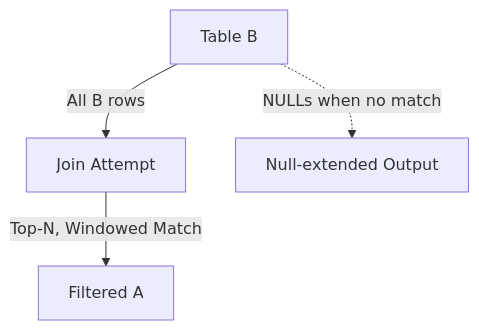
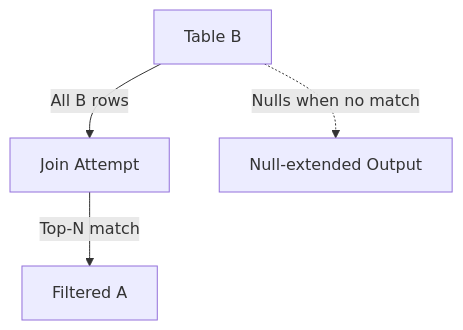
The diagram in Advance JOIN Templates/RIGHT JOIN.md (usman19zafar/ADVANCE-SQL-JOINs), drawn with Mermaid before and after one commit. The commit also changed other lines of this file, not shown here.

````diff
--- a/Advance JOIN Templates/RIGHT JOIN.md
+++ b/Advance JOIN Templates/RIGHT JOIN.md
@@ -1,6 +1,6 @@
 ```mermaid
 flowchart TD
     B[Table B] -->|All B rows| J[Join Attempt]
-    J -->|Top‑N, Windowed Match| A[Filtered A]
-    B -.->|NULLs when no match| N[Null-extended Output]
+    J -->|Top‑N match| A[Filtered A]
+    B -.->|Nulls when no match| N[Null-extended Output]
 ```
````
